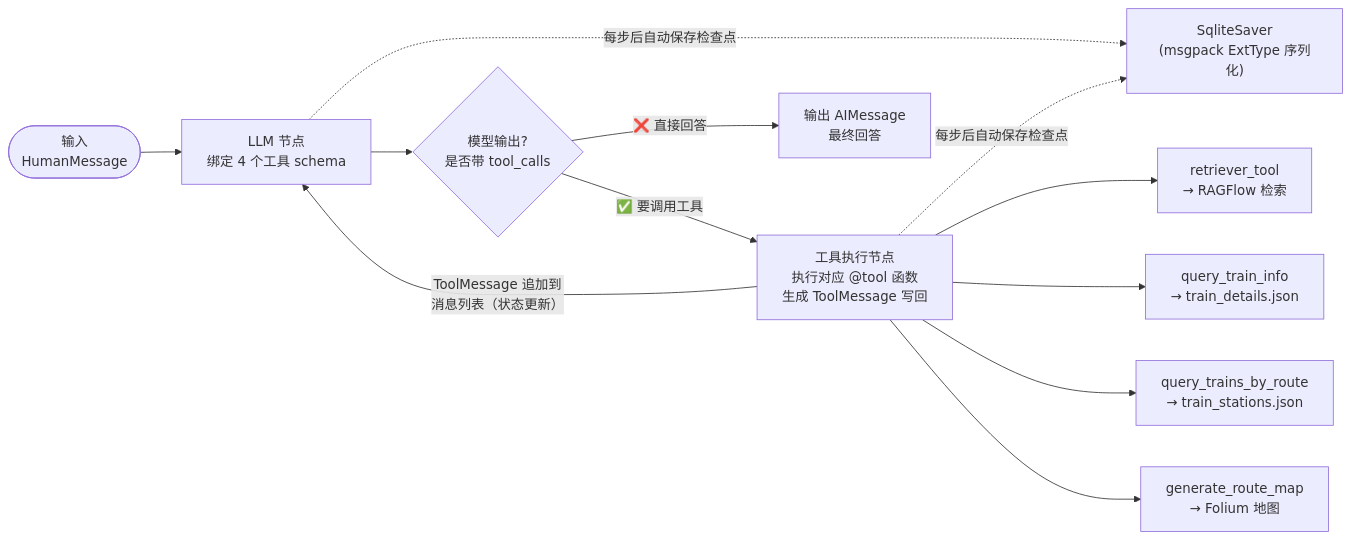
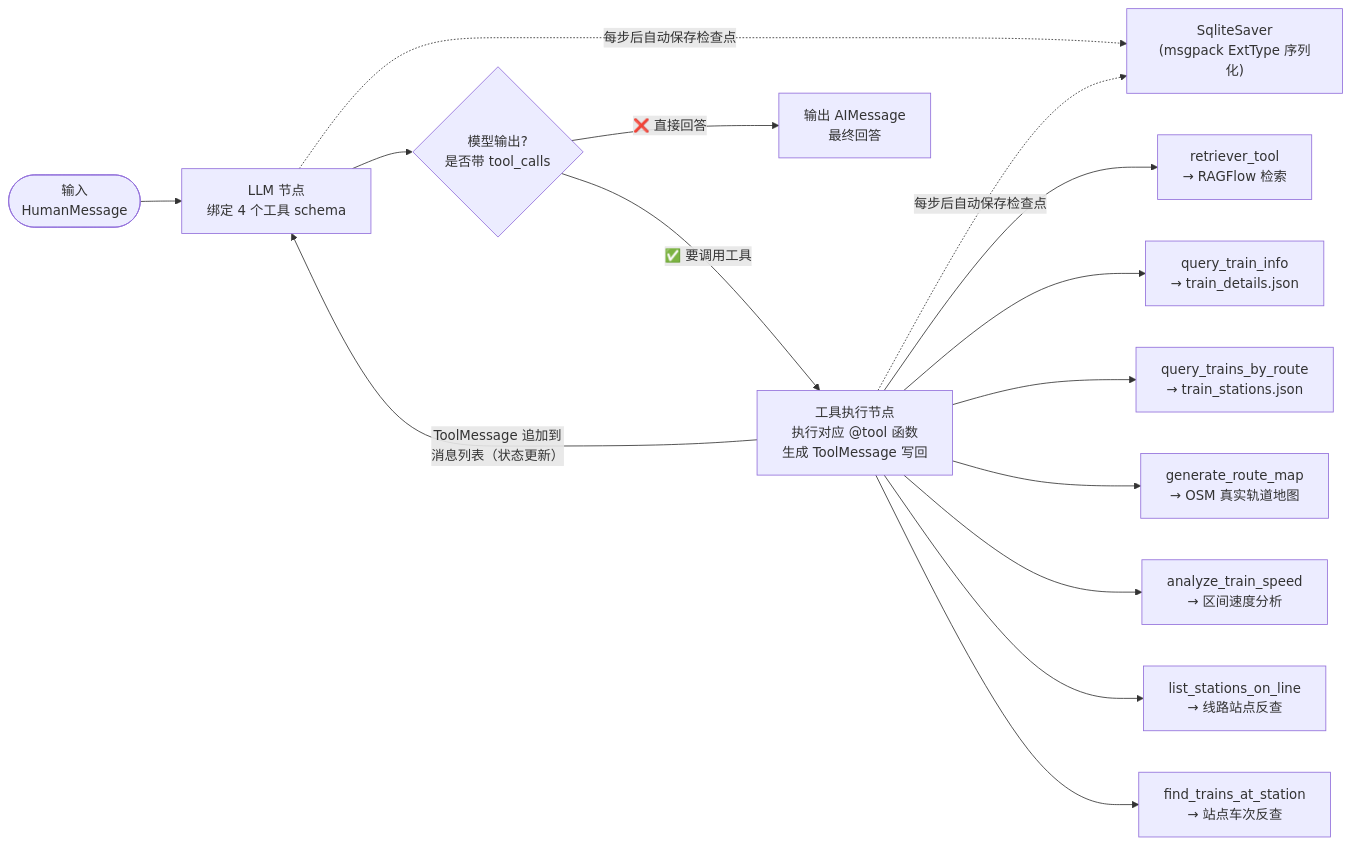
Before and after one commit to 1225-1225/Railway-8620: the second of 5 diagrams in docs/architecture.md, drawn with Mermaid. The commit also changed other lines of this file and 5 other files, not shown here.

````diff
--- a/docs/architecture.md
+++ b/docs/architecture.md
@@ -81,17 +84,20 @@
 ```mermaid
 flowchart LR
     START(["输入<br/>HumanMessage"]) --> LLM["LLM 节点<br/>绑定 4 个工具 schema"]
 
     LLM --> 判断{"模型输出?<br/>是否带 tool_calls"}
     判断 -->|"✅ 要调用工具"| TOOLS["工具执行节点<br/>执行对应 @tool 函数<br/>生成 ToolMessage 写回"]
     TOOLS -->|"ToolMessage 追加到<br/>消息列表（状态更新）"| LLM
     判断 -->|"❌ 直接回答"| END["输出 AIMessage<br/>最终回答"]
 
     LLM -. "每步后自动保存检查点" .-> CP["SqliteSaver<br/>(msgpack ExtType 序列化)"]
     TOOLS -. "每步后自动保存检查点" .-> CP
 
     TOOLS --> T1["retriever_tool<br/>→ RAGFlow 检索"]
     TOOLS --> T2["query_train_info<br/>→ train_details.json"]
     TOOLS --> T3["query_trains_by_route<br/>→ train_stations.json"]
-    TOOLS --> T4["generate_route_map<br/>→ Folium 地图"]
+    TOOLS --> T4["generate_route_map<br/>→ OSM 真实轨道地图"]
+    TOOLS --> T5["analyze_train_speed<br/>→ 区间速度分析"]
+    TOOLS --> T6["list_stations_on_line<br/>→ 线路站点反查"]
+    TOOLS --> T7["find_trains_at_station<br/>→ 站点车次反查"]
 ```
````
